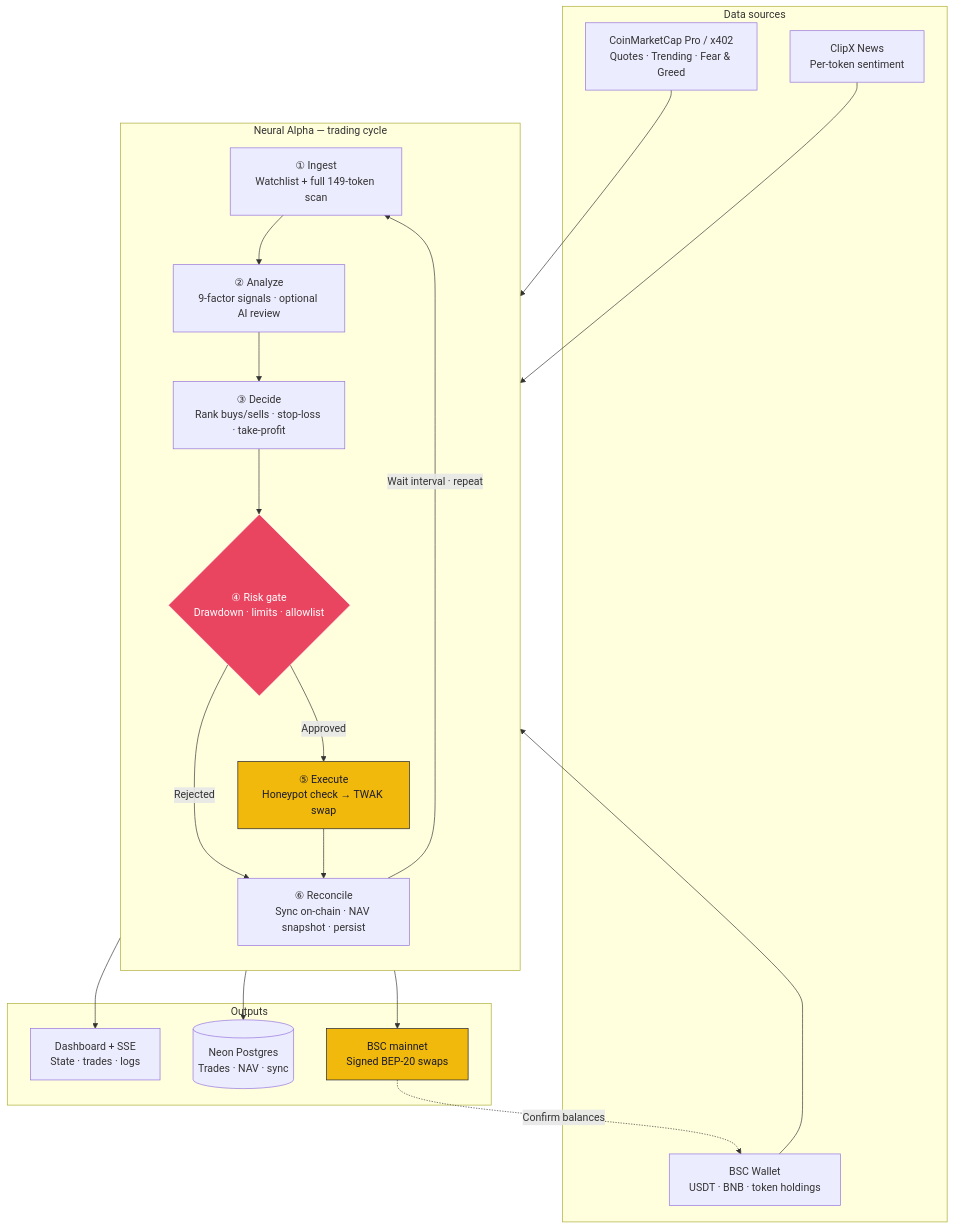
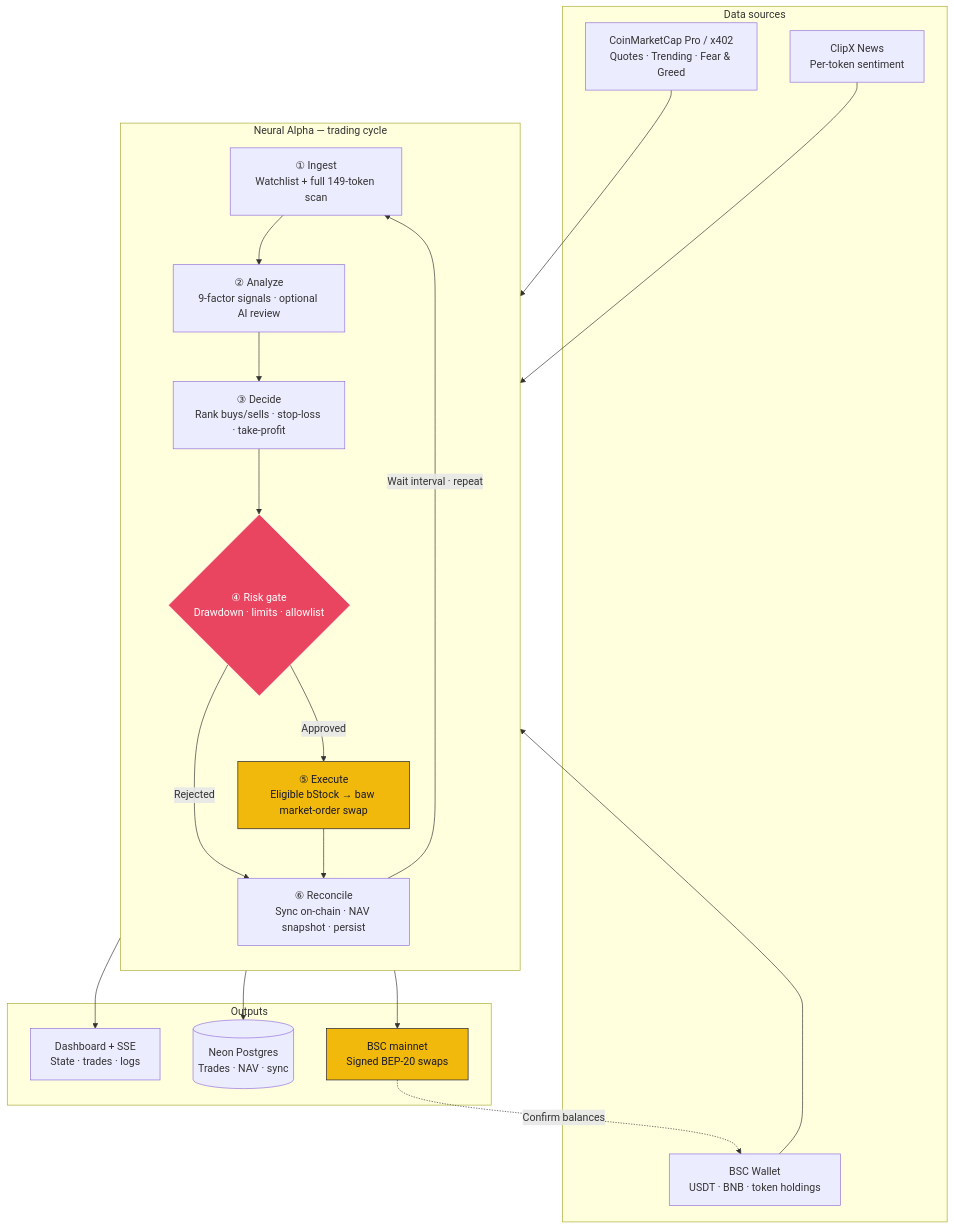
Before and after one commit to ClipXonchain/neural-alpha: the diagram in README.md, drawn with Mermaid. The commit also changed other lines of this file and 73 other files, not shown here.

````diff
--- a/README.md
+++ b/README.md
@@ -105,41 +105,41 @@
 ```mermaid
 flowchart TB
     subgraph SOURCES["Data sources"]
         CMC["CoinMarketCap Pro / x402<br/>Quotes · Trending · Fear & Greed"]
         NEWS["ClipX News<br/>Per-token sentiment"]
         WALLET["BSC Wallet<br/>USDT · BNB · token holdings"]
     end
 
     subgraph LOOP["Neural Alpha — trading cycle"]
         direction TB
         S1["① Ingest<br/>Watchlist + full 149-token scan"]
         S2["② Analyze<br/>9-factor signals · optional AI review"]
         S3["③ Decide<br/>Rank buys/sells · stop-loss · take-profit"]
         S4{"④ Risk gate<br/>Drawdown · limits · allowlist"}
-        S5["⑤ Execute<br/>Honeypot check → TWAK swap"]
+        S5["⑤ Execute<br/>Eligible bStock → baw market-order swap"]
         S6["⑥ Reconcile<br/>Sync on-chain · NAV snapshot · persist"]
 
         S1 --> S2 --> S3 --> S4
         S4 -->|Rejected| S6
         S4 -->|Approved| S5 --> S6
     end
 
     subgraph OUTPUTS["Outputs"]
         UI["Dashboard + SSE<br/>State · trades · logs"]
         DB[("Neon Postgres<br/>Trades · NAV · sync")]
         TX["BSC mainnet<br/>Signed BEP-20 swaps"]
     end
 
     CMC --> S1
     NEWS --> S1
     WALLET --> S6
     S5 --> TX
     TX -.->|Confirm balances| WALLET
     S6 --> UI
     S6 --> DB
     S6 -->|Wait interval · repeat| S1
 
     style S4 fill:#e94560,stroke:#fff,color:#fff
     style S5 fill:#f0b90b,stroke:#1a1a2e,color:#1a1a2e
     style TX fill:#f0b90b,stroke:#1a1a2e,color:#1a1a2e
 ```
````
